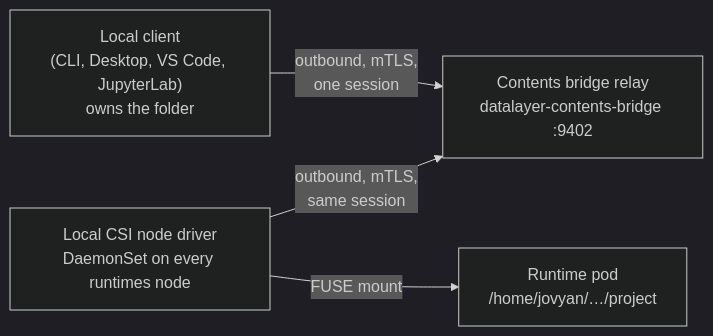
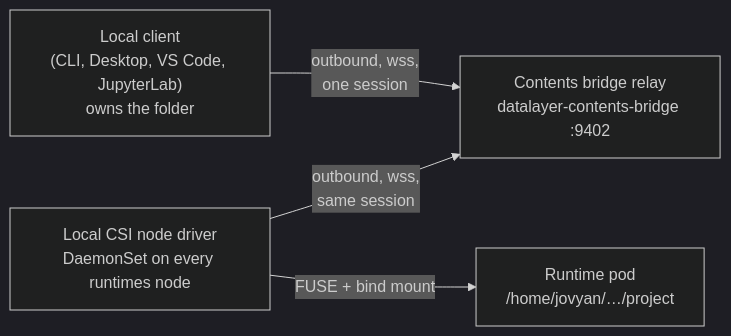
Before and after one commit to datalayer/clouder: the diagram in docs/docs/services/01-system/12-local-csi/index.mdx, drawn with Mermaid (dark theme). The commit also changed other lines of this file and 26 other files, not shown here.

First line of the commit message:
datalayer-local-csi: the node driver, image, chart and kubeadm hook

```diff
--- a/docs/docs/services/01-system/12-local-csi/index.mdx
+++ b/docs/docs/services/01-system/12-local-csi/index.mdx
@@ -29,10 +30,10 @@
 ~~~mermaid
 flowchart LR
   laptop["Local client<br/>(CLI, Desktop, VS Code, JupyterLab)<br/>owns the folder"]
   relay["Contents bridge relay<br/>datalayer-contents-bridge :9402"]
   node["Local CSI node driver<br/>DaemonSet on every runtimes node"]
   pod["Runtime pod<br/>/home/jovyan/…/project"]
-  laptop -- "outbound, mTLS,<br/>one session" --> relay
-  node -- "outbound, mTLS,<br/>same session" --> relay
-  node -- "FUSE mount" --> pod
+  laptop -- "outbound, wss,<br/>one session" --> relay
+  node -- "outbound, wss,<br/>same session" --> relay
+  node -- "FUSE + bind mount" --> pod
 ~~~
```
